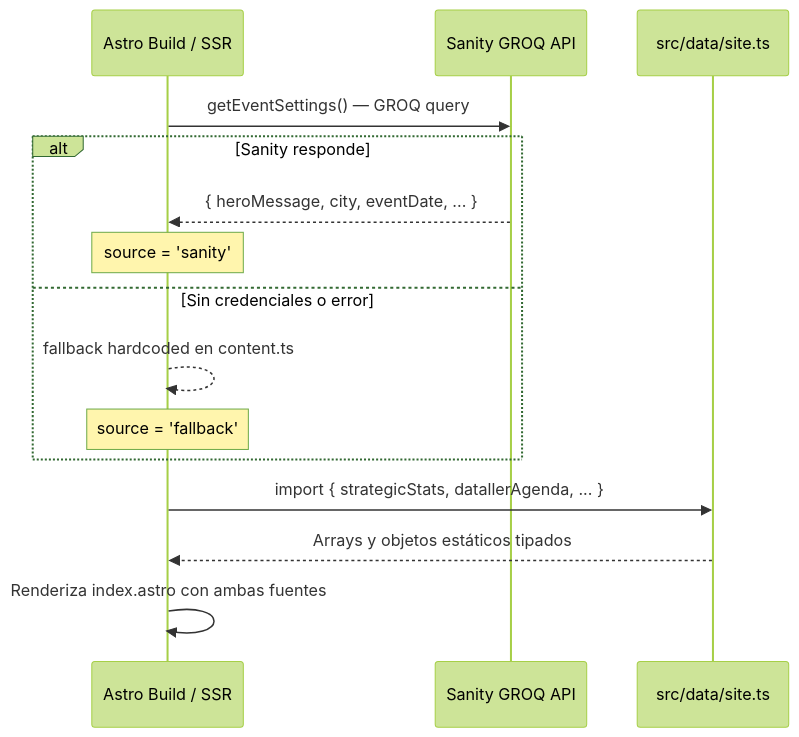
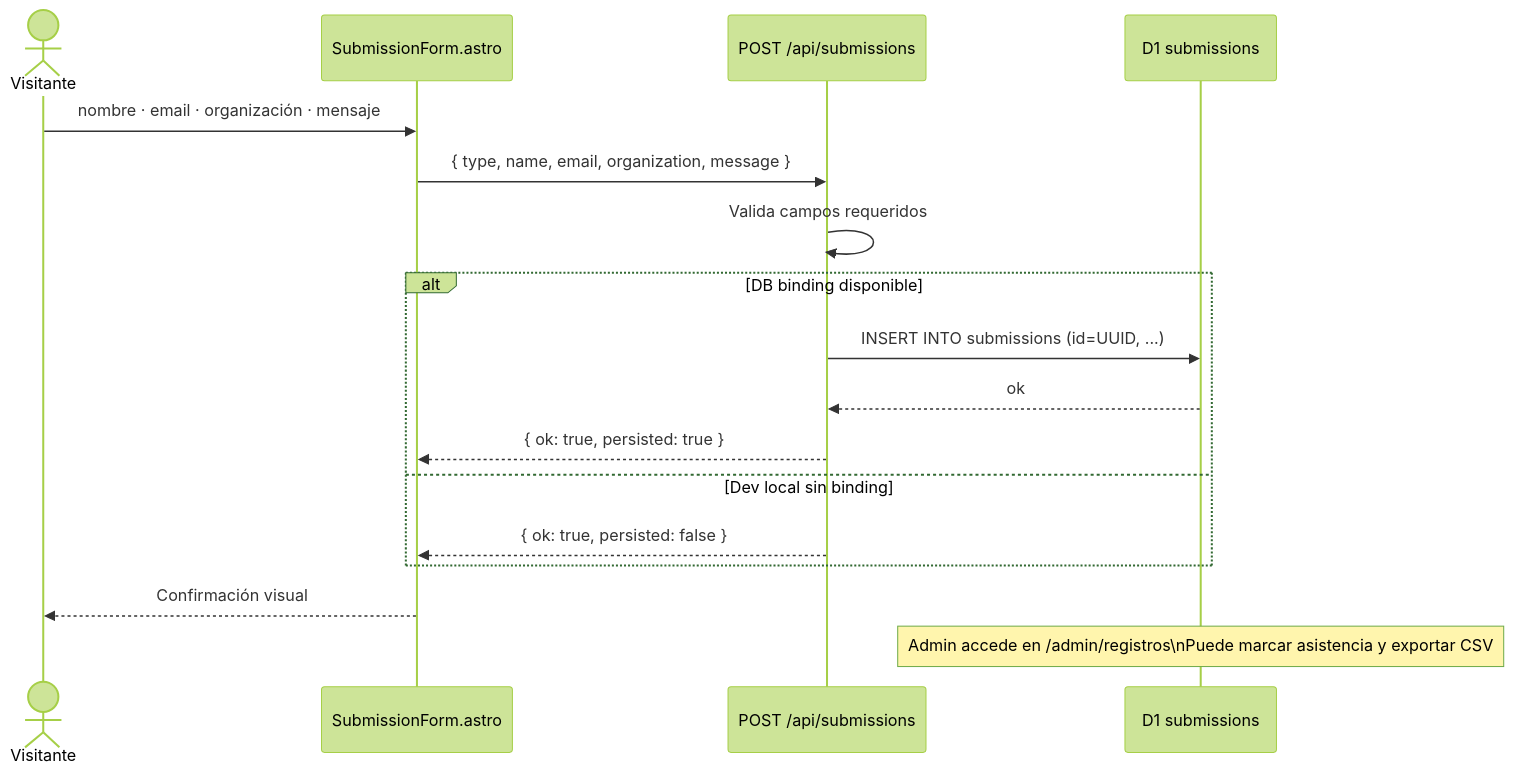
The sixth of 8 diagrams in README.md (badouintec/datadrivenday), drawn with Mermaid (forest theme) before and after one commit. The commit also changed other lines of this file and 2 other files, not shown here.

````diff
--- a/README.md
+++ b/README.md
@@ -147,18 +349,21 @@
 ```mermaid
 sequenceDiagram
-    participant Build as Astro Build / SSR
-    participant Sanity as Sanity GROQ API
-    participant SiteTS as src/data/site.ts
+    actor Visitante
+    participant Form as SubmissionForm.astro
+    participant Hono as POST /api/submissions
+    participant D1 as D1 submissions
 
-    Build->>Sanity: getEventSettings() — GROQ query
-    alt Sanity responde
-        Sanity-->>Build: { heroMessage, city, eventDate, ... }
-        Note over Build: source = 'sanity'
-    else Sin credenciales o error
-        Build-->>Build: fallback hardcoded en content.ts
-        Note over Build: source = 'fallback'
+    Visitante->>Form: nombre · email · organización · mensaje
+    Form->>Hono: { type, name, email, organization, message }
+    Hono->>Hono: Valida campos requeridos
+    alt DB binding disponible
+        Hono->>D1: INSERT INTO submissions (id=UUID, ...)
+        D1-->>Hono: ok
+        Hono-->>Form: { ok: true, persisted: true }
+    else Dev local sin binding
+        Hono-->>Form: { ok: true, persisted: false }
     end
-    Build->>SiteTS: import { strategicStats, datallerAgenda, ... }
-    SiteTS-->>Build: Arrays y objetos estáticos tipados
-    Build->>Build: Renderiza index.astro con ambas fuentes
+    Form-->>Visitante: Confirmación visual
+
+    Note over D1: Admin accede en /admin/registros\nPuede marcar asistencia y exportar CSV
 ```
````
